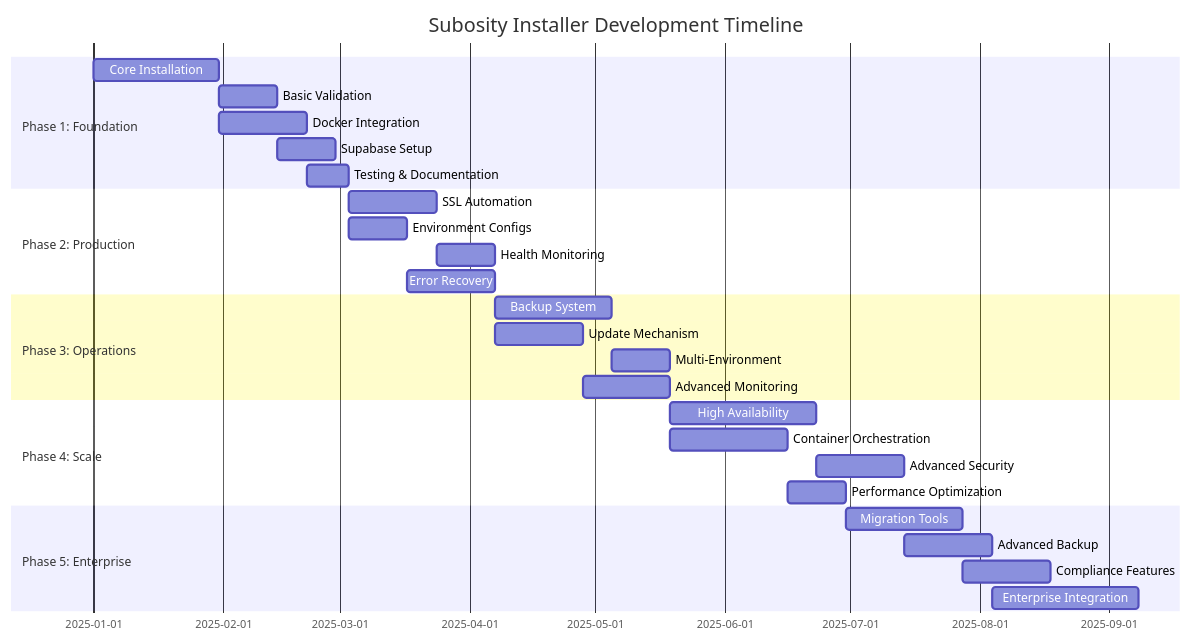
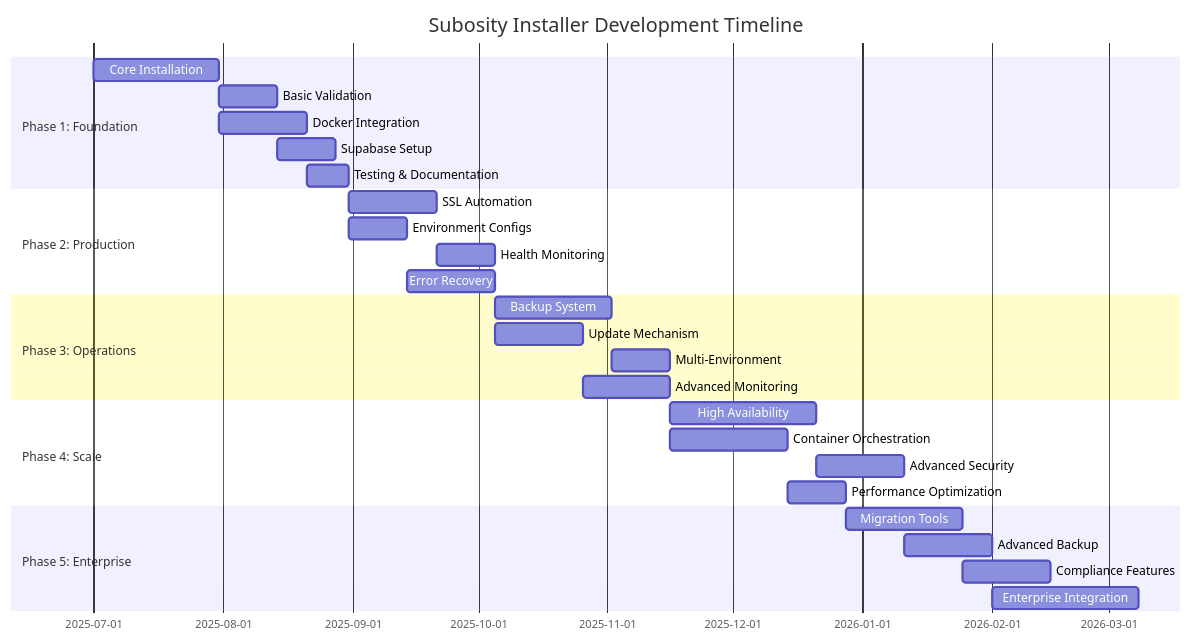
One commit to Subosity/subosity-installer changed the diagram in ROADMAP.md. Above: the diagram before and after it, drawn with Mermaid.

Commit message:
Update Phase 1 timeline in ROADMAP.md to reflect new core installation date

````diff
--- a/ROADMAP.md
+++ b/ROADMAP.md
@@ -16,35 +16,35 @@
 ```mermaid
 gantt
     title Subosity Installer Development Timeline
     dateFormat  YYYY-MM-DD
     section Phase 1: Foundation
-    Core Installation      :p1-1, 2025-01-01, 30d
+    Core Installation      :p1-1, 2025-07-01, 30d
     Basic Validation      :p1-2, after p1-1, 14d
     Docker Integration    :p1-3, after p1-1, 21d
     Supabase Setup       :p1-4, after p1-2, 14d
     Testing & Documentation :p1-5, after p1-3, 10d
     
     section Phase 2: Production
     SSL Automation        :p2-1, after p1-5, 21d
     Environment Configs   :p2-2, after p1-5, 14d
     Health Monitoring     :p2-3, after p2-1, 14d
     Error Recovery        :p2-4, after p2-2, 21d
     
     section Phase 3: Operations
     Backup System         :p3-1, after p2-4, 28d
     Update Mechanism      :p3-2, after p2-3, 21d
     Multi-Environment     :p3-3, after p3-1, 14d
     Advanced Monitoring   :p3-4, after p3-2, 21d
     
     section Phase 4: Scale
     High Availability     :p4-1, after p3-4, 35d
     Container Orchestration :p4-2, after p3-3, 28d
     Advanced Security     :p4-3, after p4-1, 21d
     Performance Optimization :p4-4, after p4-2, 14d
     
     section Phase 5: Enterprise
     Migration Tools       :p5-1, after p4-4, 28d
     Advanced Backup       :p5-2, after p4-3, 21d
     Compliance Features   :p5-3, after p5-1, 21d
     Enterprise Integration :p5-4, after p5-2, 35d
 ```
````
